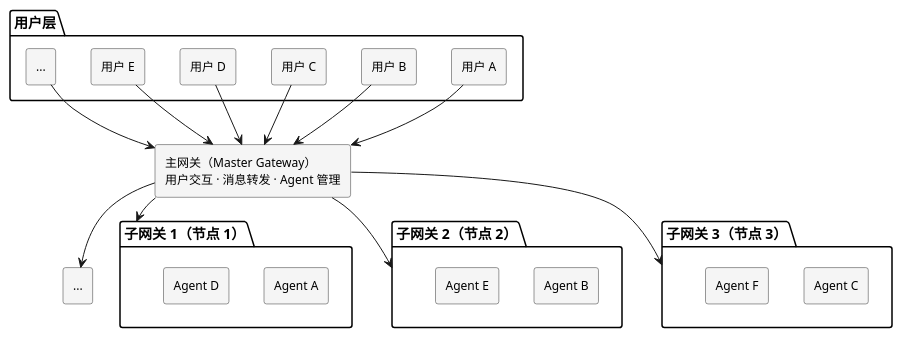
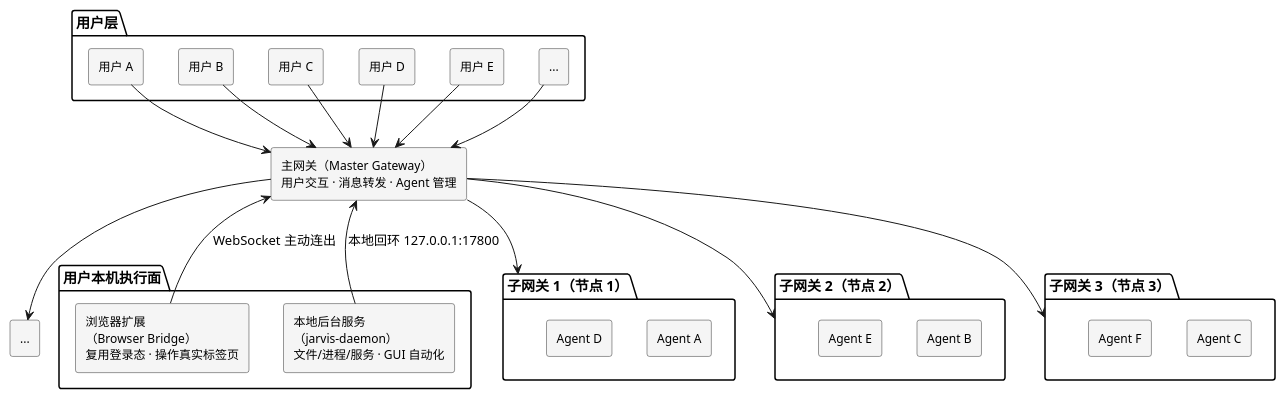
The first of 29 diagrams in docs/competition/collaboration_modes.md (skyfireitdiy/Jarvis), drawn with PlantUML before and after one commit. The commit also changed other lines of this file, not shown here.

First line of the commit message:
[Jarvis Code Agent提交] docs(competition): 补充本地后台服务 jarvis-daemon 能力说明

````diff
--- a/docs/competition/collaboration_modes.md
+++ b/docs/competition/collaboration_modes.md
@@ -134,52 +134,60 @@
 ```plantuml
 @startuml
 skinparam componentStyle rectangle
 skinparam backgroundColor #FFFFFF
 skinparam component {
   BackgroundColor #F5F5F5
   BorderColor #333333
   FontSize 12
 }
 
 package "用户层" {
   component "用户 A" as ua
   component "用户 B" as ub
   component "用户 C" as uc
   component "用户 D" as ud
   component "用户 E" as ue
   component "..." as ux
+}
+
+package "用户本机执行面" {
+  component "浏览器扩展\n（Browser Bridge）\n复用登录态 · 操作真实标签页" as ext
+  component "本地后台服务\n（jarvis-daemon）\n文件/进程/服务 · GUI 自动化" as daemon
 }
 
 component "主网关（Master Gateway）\n用户交互 · 消息转发 · Agent 管理" as master
 
 package "子网关 1（节点 1）" as gw1 {
   component "Agent A" as a1
   component "Agent D" as a4
 }
 
 package "子网关 2（节点 2）" as gw2 {
   component "Agent B" as a2
   component "Agent E" as a5
 }
 
 package "子网关 3（节点 3）" as gw3 {
   component "Agent C" as a3
   component "Agent F" as a6
 }
 
 component "..." as gwx
 
 ua --> master
 ub --> master
 uc --> master
 ud --> master
 ue --> master
 ux --> master
 
 master --> gw1
 master --> gw2
 master --> gw3
 master --> gwx
 
+ext -up-> master : WebSocket 主动连出
+daemon -up-> master : 本地回环 127.0.0.1:17800
+
 @enduml
 ```
````
